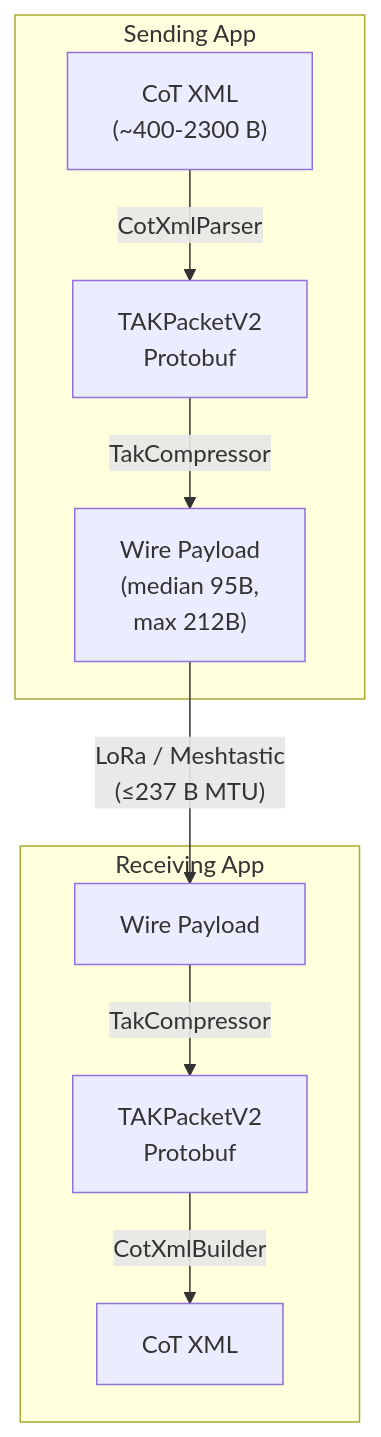
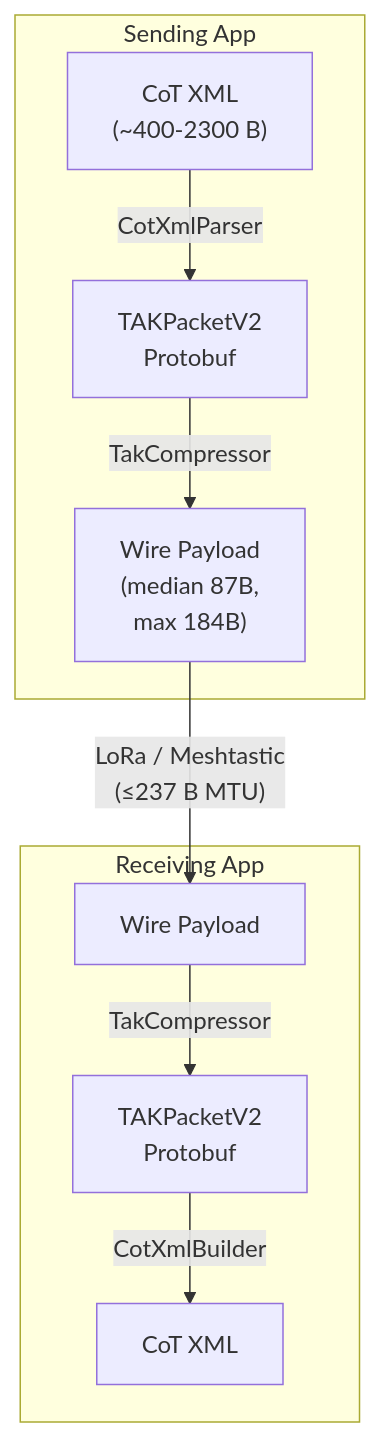
One commit to meshtastic/TAKPacket-SDK changed the first of 2 diagrams in README.md. Above: the diagram before and after it, drawn with Mermaid. The commit also changed other lines of this file and 10 other files, not shown here.

````diff
--- a/README.md
+++ b/README.md
@@ -9,18 +9,18 @@
 ```mermaid
 flowchart TD
     subgraph send ["Sending App"]
         A["CoT XML<br/>(~400-2300 B)"]
         B["TAKPacketV2<br/>Protobuf"]
-        C["Wire Payload<br/>(median 95B,<br/>max 212B)"]
+        C["Wire Payload<br/>(median 87B,<br/>max 184B)"]
         A -->|CotXmlParser| B
         B -->|TakCompressor| C
     end
     C -->|"LoRa / Meshtastic<br/>(≤237 B MTU)"| D
     subgraph recv ["Receiving App"]
         D["Wire Payload"]
         E["TAKPacketV2<br/>Protobuf"]
         F["CoT XML"]
         D -->|TakCompressor| E
         E -->|CotXmlBuilder| F
     end
 ```
````
